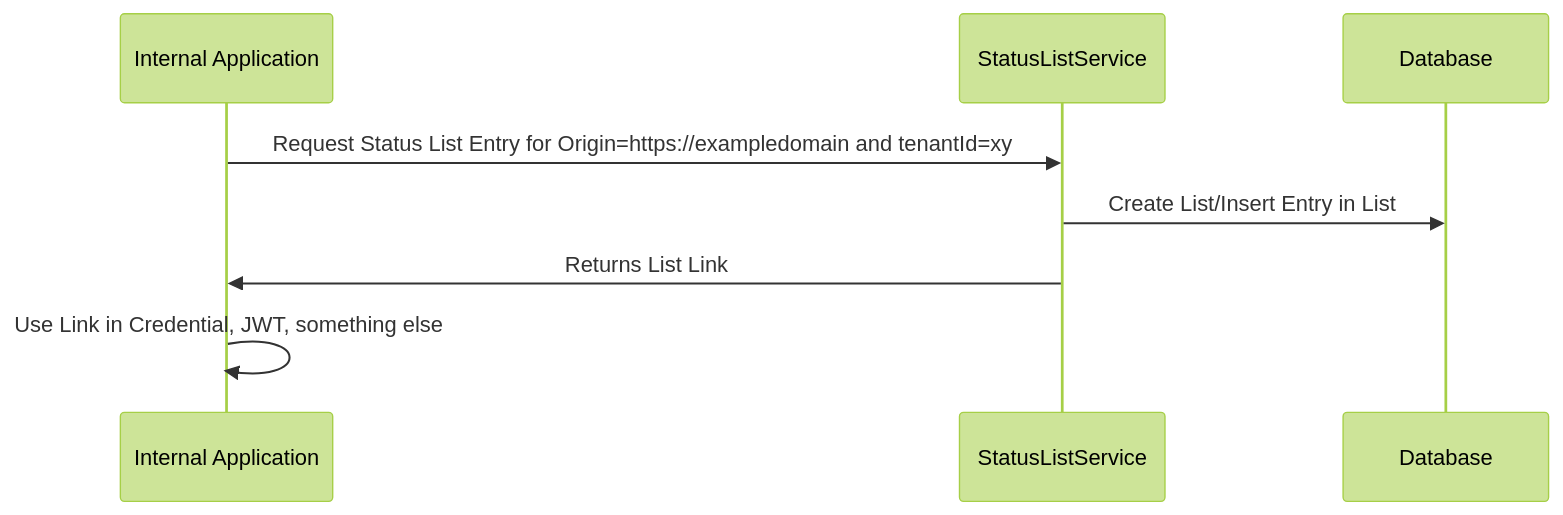
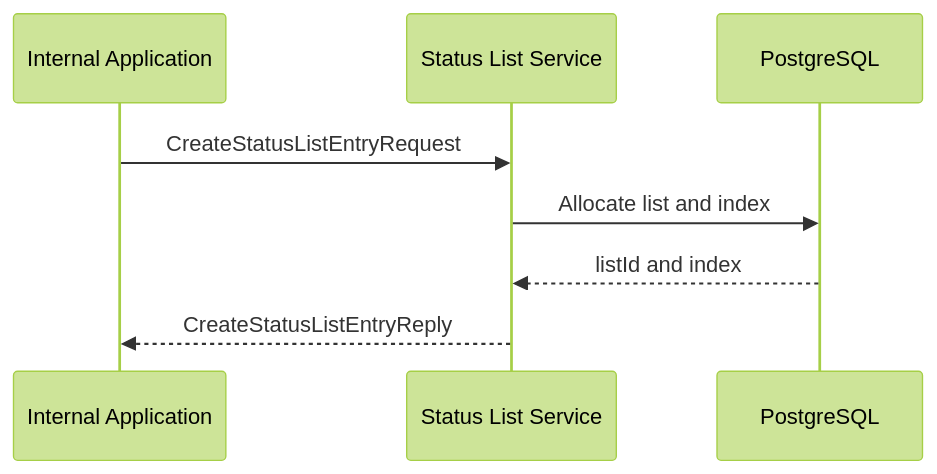
The first of 2 diagrams in README.md (eclipse-xfsc/statuslist-service), drawn with Mermaid (forest theme) before and after one commit. The commit also changed other lines of this file and 2 other files, not shown here.

````diff
--- a/README.md
+++ b/README.md
@@ -24,7 +280,7 @@
 ```mermaid
 sequenceDiagram
-    Internal Application->>StatusListService: Request Status List Entry for Origin=https://exampledomain and tenantId=xy
-    StatusListService->>Database: Create List/Insert Entry in List
-    StatusListService->>Internal Application: Returns List Link
-    Internal Application->>Internal Application: Use Link in Credential, JWT, something else
+    Internal Application->>Status List Service: CreateStatusListEntryRequest
+    Status List Service->>PostgreSQL: Allocate list and index
+    PostgreSQL-->>Status List Service: listId and index
+    Status List Service-->>Internal Application: CreateStatusListEntryReply
 ```
````
